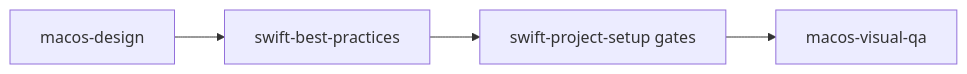
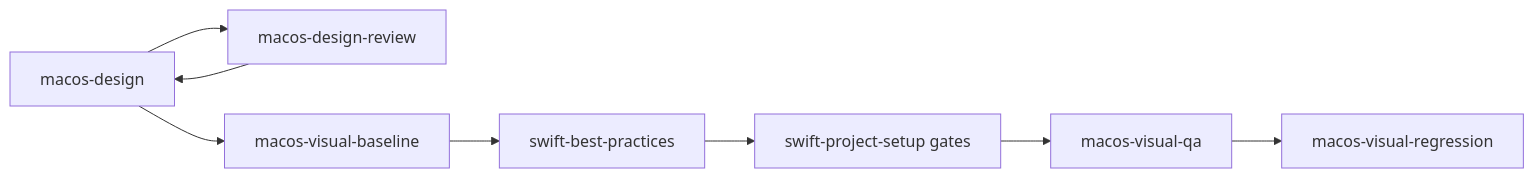
One commit to tailrocks/tailrocks-skills changed the first of 2 diagrams in docs/content/docs/choosing.mdx. Above: the diagram before and after it, drawn with Mermaid. The commit also changed other lines of this file and 1215 other files, not shown here.

````diff
--- a/docs/content/docs/choosing.mdx
+++ b/docs/content/docs/choosing.mdx
@@ -42,6 +71,10 @@
 ```mermaid
 flowchart LR
-  design["macos-design"] --> swift["swift-best-practices"]
+  design["macos-design"] --> review["macos-design-review"]
+  review --> design
+  design --> baseline["macos-visual-baseline"]
+  baseline --> swift["swift-best-practices"]
   swift --> gates["swift-project-setup gates"]
   gates --> qa["macos-visual-qa"]
+  qa --> regression["macos-visual-regression"]
 ```
````
